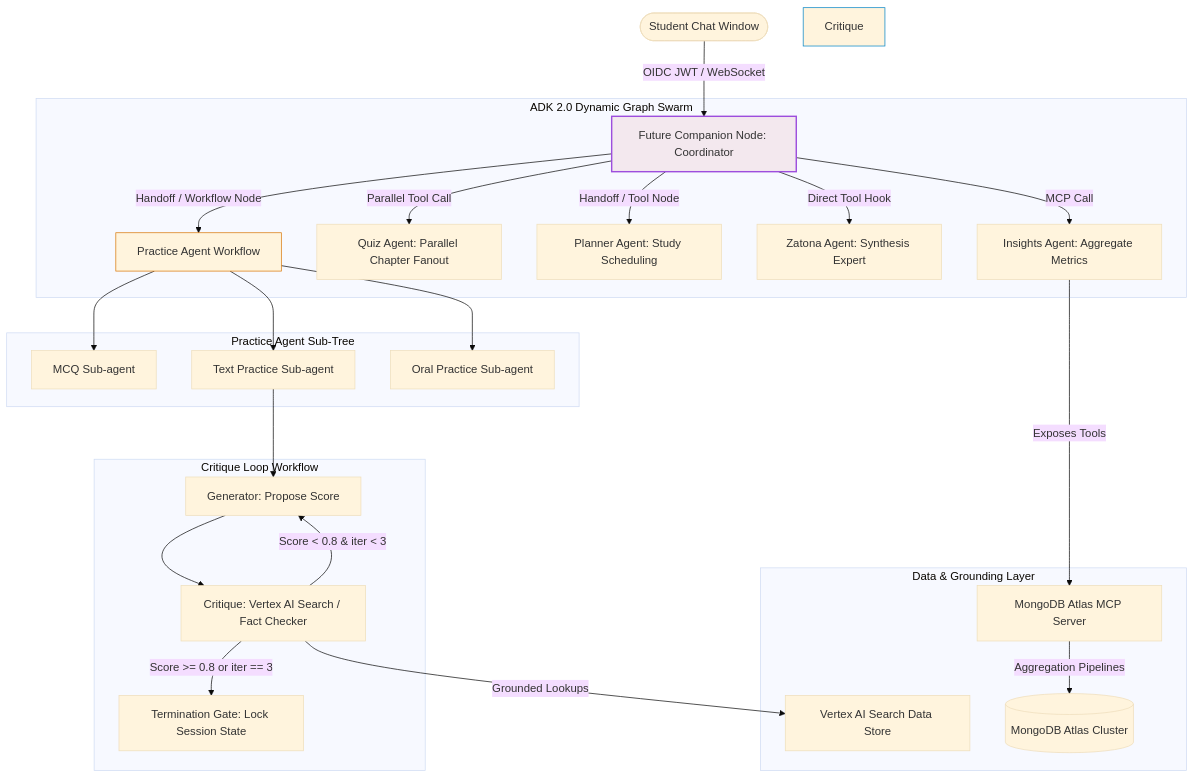
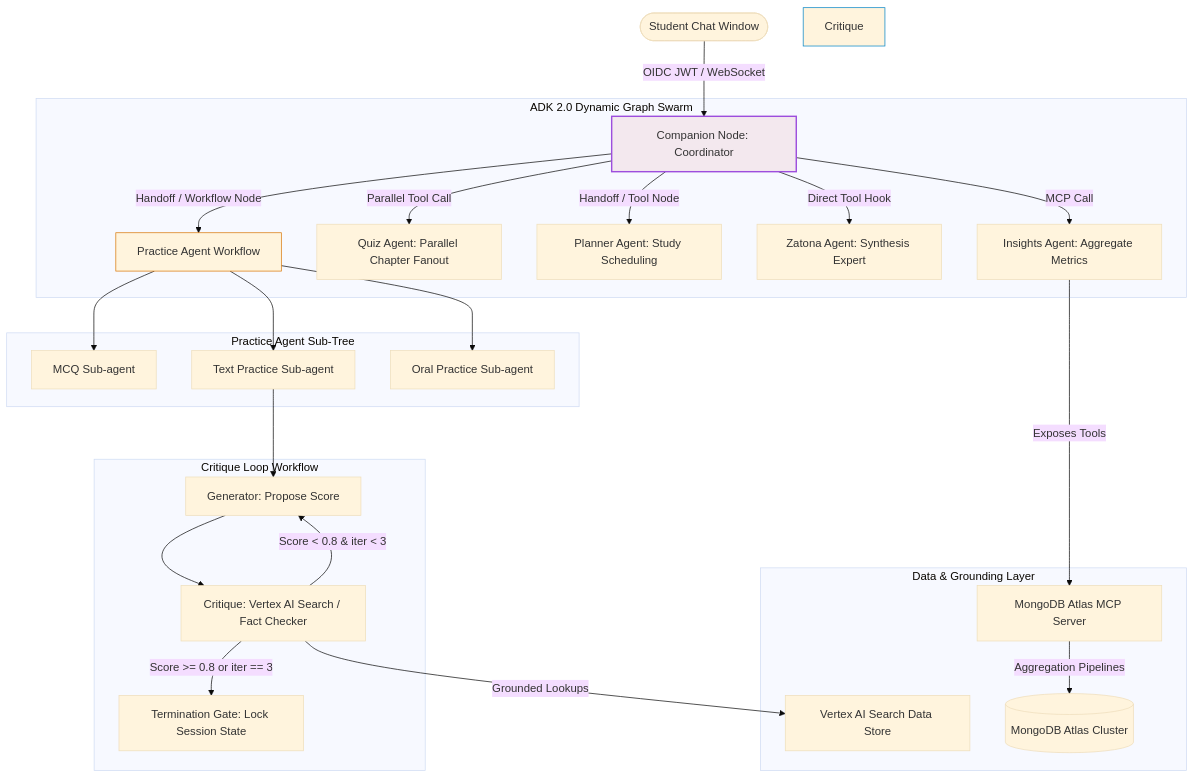
One commit to hesham88/fahem changed the diagram in plan/fahem_swarm_adk_ultimate_master_plan.md. Above: the diagram before and after it, drawn with Mermaid (base theme). The commit also changed other lines of this file and 1 other file, not shown here.

Commit message:
feat: complete magnetism removal, add mentions help guide, dynamic chat workspace, settings gamified telemetry, and ultimate master plan

````diff
--- a/plan/fahem_swarm_adk_ultimate_master_plan.md
+++ b/plan/fahem_swarm_adk_ultimate_master_plan.md
@@ -34,35 +47,35 @@
 ```mermaid
 graph TD
-    User([Student Chat Window]) -->|OIDC JWT / WebSocket| Companion[Future Companion Node: Coordinator]
+    User([Student Chat Window]) -->|OIDC JWT / WebSocket| Companion[Companion Node: Coordinator]
     
     subgraph ADK 2.0 Dynamic Graph Swarm
         Companion -->|Handoff / Workflow Node| Practice[Practice Agent Workflow]
         Companion -->|Parallel Tool Call| Quiz[Quiz Agent: Parallel Chapter Fanout]
         Companion -->|Handoff / Tool Node| Planner[Planner Agent: Study Scheduling]
         Companion -->|Direct Tool Hook| Zatona[Zatona Agent: Synthesis Expert]
         Companion -->|MCP Call| Insights[Insights Agent: Aggregate Metrics]
     end
 
     subgraph Practice Agent Sub-Tree
         Practice --> MCQ[MCQ Sub-agent]
         Practice --> Text[Text Practice Sub-agent]
         Practice --> Oral[Oral Practice Sub-agent]
     end
 
     subgraph Critique Loop Workflow
         Text --> Gen[Generator: Propose Score]
         Gen --> Crit[Critique: Vertex AI Search / Fact Checker]
         Crit -->|Score < 0.8 & iter < 3| Gen
         Crit -->|Score >= 0.8 or iter == 3| Term[Termination Gate: Lock Session State]
     end
 
     subgraph Data & Grounding Layer
         Insights -->|Exposes Tools| MCP[MongoDB Atlas MCP Server]
         Crit -->|Grounded Lookups| Vertex[Vertex AI Search Data Store]
         MCP -->|Aggregation Pipelines| Atlas[(MongoDB Atlas Cluster)]
     end
     
     style Companion fill:#f3e8ee,stroke:#9d4edd,stroke-width:2px;
     style Critique Loop fill:#e0f2fe,stroke:#0284c7,stroke-width:1px;
     style Practice Agent Sub-Tree fill:#fef3c7,stroke:#d97706,stroke-width:1px;
 ```
````
